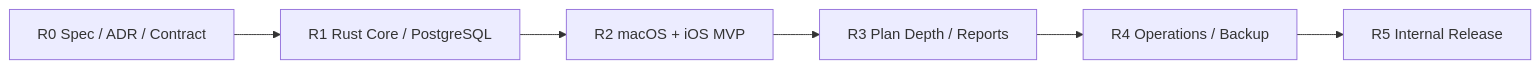
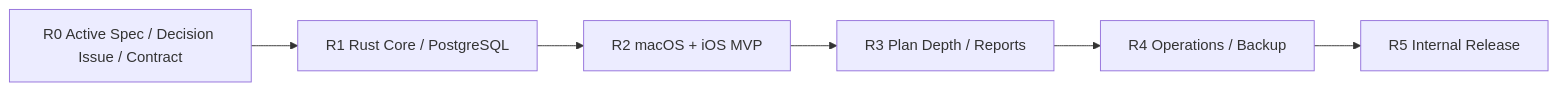
Before and after one commit to wyz541/Kshift: the first of 5 diagrams in docs/spec/kshift-spec-v0.1.md, drawn with Mermaid. The commit also changed other lines of this file and 31 other files, not shown here.

Commit message:
docs(governance): adopt spec-first decision model

````diff
--- a/docs/spec/kshift-spec-v0.1.md
+++ b/docs/spec/kshift-spec-v0.1.md
@@ -137,8 +137,8 @@
 ```mermaid
 flowchart LR
-  R0["R0 Spec / ADR / Contract"] --> R1["R1 Rust Core / PostgreSQL"]
+  R0["R0 Active Spec / Decision Issue / Contract"] --> R1["R1 Rust Core / PostgreSQL"]
   R1 --> R2["R2 macOS + iOS MVP"]
   R2 --> R3["R3 Plan Depth / Reports"]
   R3 --> R4["R4 Operations / Backup"]
   R4 --> R5["R5 Internal Release"]
 ```
````
